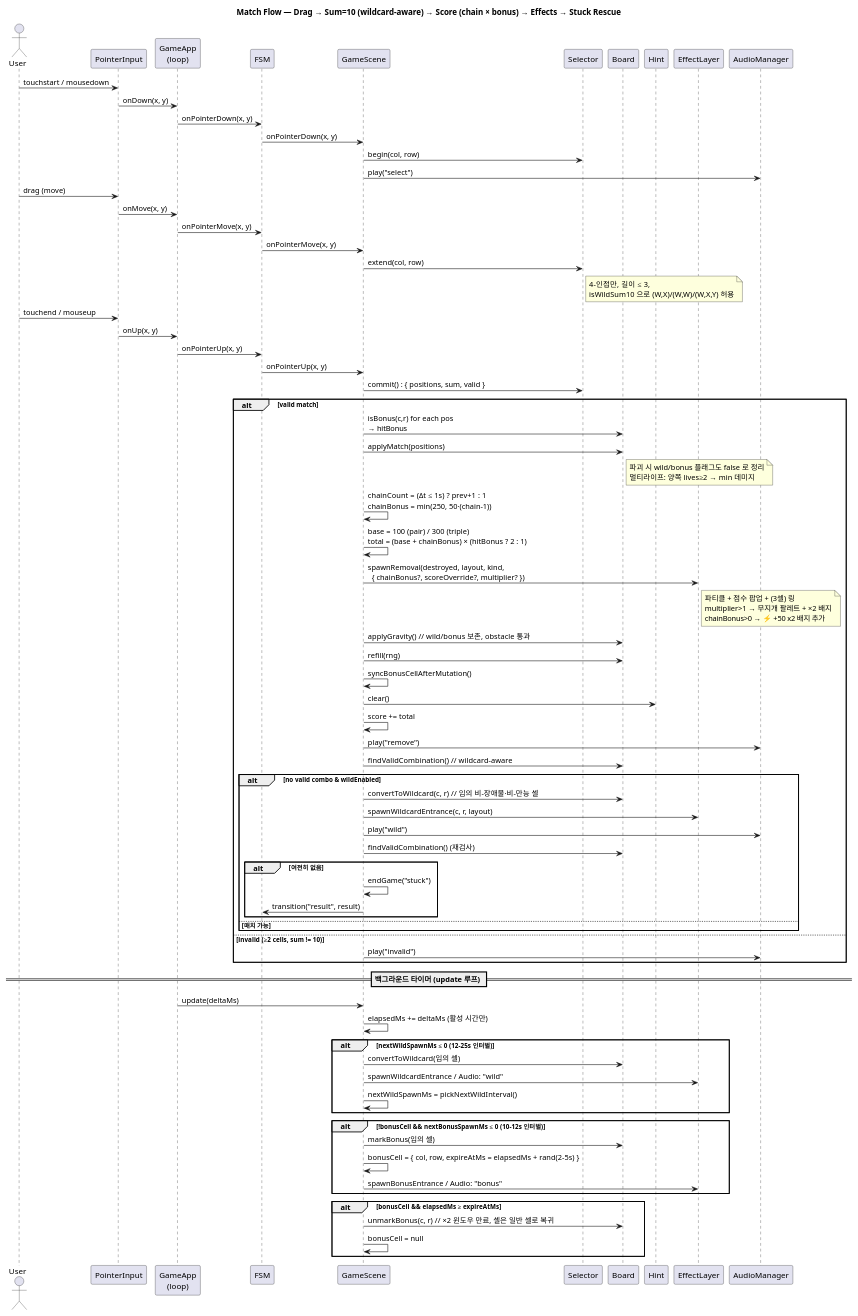
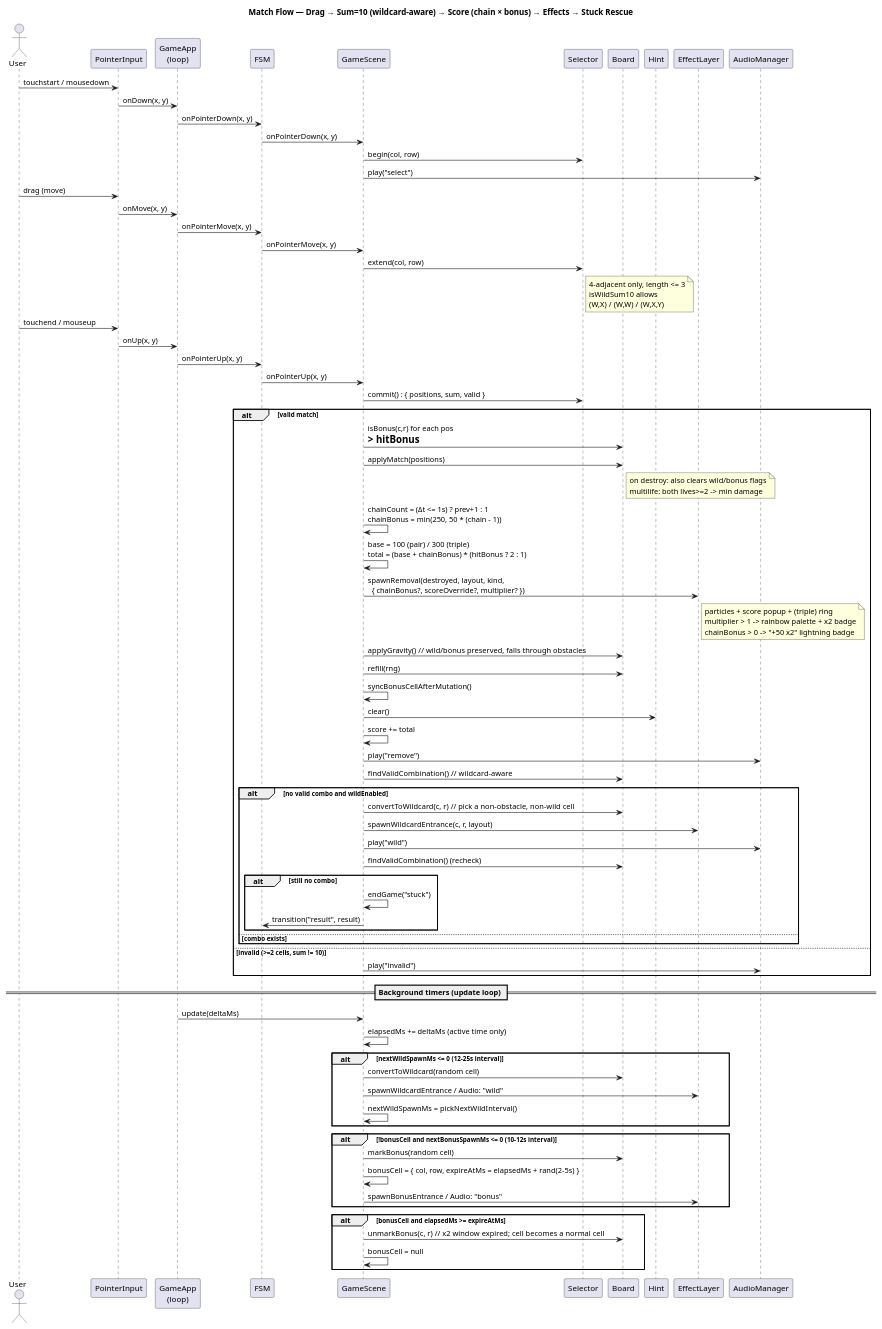
One commit to chobocho/make10 changed the diagram in docs/uml/sequence-match.puml. Above: the diagram before and after it, drawn with PlantUML. The commit also changed 6 other files, not shown here.

First line of the commit message:
[docs] UML 본문을 모두 영어로 일관

```diff
--- a/docs/uml/sequence-match.puml
+++ b/docs/uml/sequence-match.puml
@@ -1,100 +1,101 @@
 @startuml sequence-match
 title Match Flow — Drag → Sum=10 (wildcard-aware) → Score (chain × bonus) → Effects → Stuck Rescue
 skinparam responseMessageBelowArrow true
 actor User
 participant "PointerInput" as PI
 participant "GameApp\n(loop)" as App
 participant "FSM" as FSM
 participant "GameScene" as GS
 participant "Selector" as Sel
 participant "Board" as Board
 participant "Hint" as Hint
 participant "EffectLayer" as Fx
 participant "AudioManager" as Audio
 
 User -> PI : touchstart / mousedown
 PI -> App : onDown(x, y)
 App -> FSM : onPointerDown(x, y)
 FSM -> GS : onPointerDown(x, y)
 GS -> Sel : begin(col, row)
 GS -> Audio : play("select")
 
 User -> PI : drag (move)
 PI -> App : onMove(x, y)
 App -> FSM : onPointerMove(x, y)
 FSM -> GS : onPointerMove(x, y)
 GS -> Sel : extend(col, row)
 note right of Sel
-  4-인접만, 길이 ≤ 3,
-  isWildSum10 으로 (W,X)/(W,W)/(W,X,Y) 허용
+  4-adjacent only, length <= 3
+  isWildSum10 allows
+  (W,X) / (W,W) / (W,X,Y)
 end note
 
 User -> PI : touchend / mouseup
 PI -> App : onUp(x, y)
 App -> FSM : onPointerUp(x, y)
 FSM -> GS : onPointerUp(x, y)
 GS -> Sel : commit() : { positions, sum, valid }
 
 alt valid match
-  GS -> Board : isBonus(c,r) for each pos\n→ hitBonus
+  GS -> Board : isBonus(c,r) for each pos\n=> hitBonus
   GS -> Board : applyMatch(positions)
   note right of Board
-    파괴 시 wild/bonus 플래그도 false 로 정리
-    멀티라이프: 양쪽 lives≥2 → min 데미지
+    on destroy: also clears wild/bonus flags
+    multilife: both lives>=2 -> min damage
   end note
 
-  GS -> GS : chainCount = (Δt ≤ 1s) ? prev+1 : 1\nchainBonus = min(250, 50·(chain-1))
-  GS -> GS : base = 100 (pair) / 300 (triple)\ntotal = (base + chainBonus) × (hitBonus ? 2 : 1)
+  GS -> GS : chainCount = (Δt <= 1s) ? prev+1 : 1\nchainBonus = min(250, 50 * (chain - 1))
+  GS -> GS : base = 100 (pair) / 300 (triple)\ntotal = (base + chainBonus) * (hitBonus ? 2 : 1)
 
   GS -> Fx : spawnRemoval(destroyed, layout, kind,\n  { chainBonus?, scoreOverride?, multiplier? })
   note right of Fx
-    파티클 + 점수 팝업 + (3셀) 링
-    multiplier>1 → 무지개 팔레트 + ×2 배지
-    chainBonus>0 → ⚡ +50 x2 배지 추가
+    particles + score popup + (triple) ring
+    multiplier > 1 -> rainbow palette + x2 badge
+    chainBonus > 0 -> "+50 x2" lightning badge
   end note
 
-  GS -> Board : applyGravity()  // wild/bonus 보존, obstacle 통과
+  GS -> Board : applyGravity()  // wild/bonus preserved, falls through obstacles
   GS -> Board : refill(rng)
   GS -> GS : syncBonusCellAfterMutation()
   GS -> Hint : clear()
   GS -> GS : score += total
   GS -> Audio : play("remove")
 
   GS -> Board : findValidCombination()  // wildcard-aware
-  alt no valid combo & wildEnabled
-    GS -> Board : convertToWildcard(c, r)  // 임의 비-장애물·비-만능 셀
+  alt no valid combo and wildEnabled
+    GS -> Board : convertToWildcard(c, r)  // pick a non-obstacle, non-wild cell
     GS -> Fx : spawnWildcardEntrance(c, r, layout)
     GS -> Audio : play("wild")
-    GS -> Board : findValidCombination() (재검사)
-    alt 여전히 없음
+    GS -> Board : findValidCombination() (recheck)
+    alt still no combo
       GS -> GS : endGame("stuck")
       GS -> FSM : transition("result", result)
     end
-  else 매치 가능
+  else combo exists
   end
 
-else invalid (≥2 cells, sum != 10)
+else invalid (>=2 cells, sum != 10)
   GS -> Audio : play("invalid")
 end
 
-== 백그라운드 타이머 (update 루프) ==
+== Background timers (update loop) ==
 App -> GS : update(deltaMs)
-GS -> GS : elapsedMs += deltaMs (활성 시간만)
+GS -> GS : elapsedMs += deltaMs (active time only)
 
-alt nextWildSpawnMs ≤ 0 (12-25s 인터벌)
-  GS -> Board : convertToWildcard(임의 셀)
+alt nextWildSpawnMs <= 0 (12-25s interval)
+  GS -> Board : convertToWildcard(random cell)
   GS -> Fx : spawnWildcardEntrance / Audio: "wild"
   GS -> GS : nextWildSpawnMs = pickNextWildInterval()
 end
 
-alt !bonusCell && nextBonusSpawnMs ≤ 0 (10-12s 인터벌)
-  GS -> Board : markBonus(임의 셀)
+alt !bonusCell and nextBonusSpawnMs <= 0 (10-12s interval)
+  GS -> Board : markBonus(random cell)
   GS -> GS : bonusCell = { col, row, expireAtMs = elapsedMs + rand(2-5s) }
   GS -> Fx : spawnBonusEntrance / Audio: "bonus"
 end
 
-alt bonusCell && elapsedMs ≥ expireAtMs
-  GS -> Board : unmarkBonus(c, r)  // ×2 윈도우 만료, 셀은 일반 셀로 복귀
+alt bonusCell and elapsedMs >= expireAtMs
+  GS -> Board : unmarkBonus(c, r)  // x2 window expired; cell becomes a normal cell
   GS -> GS : bonusCell = null
 end
 @enduml
```
